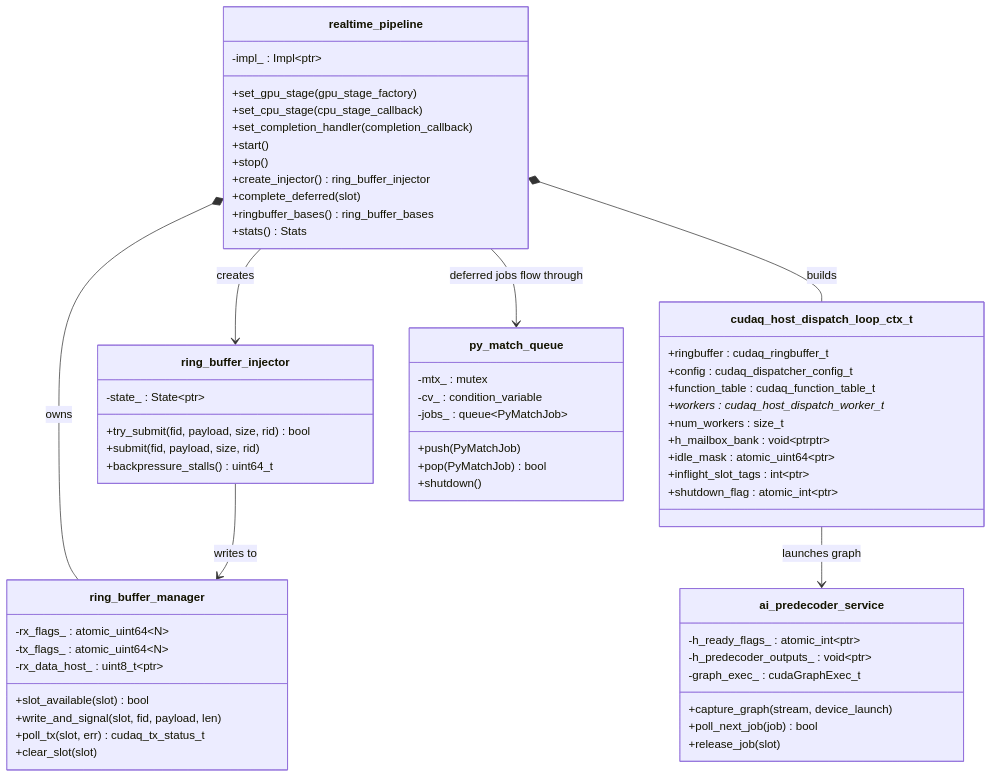
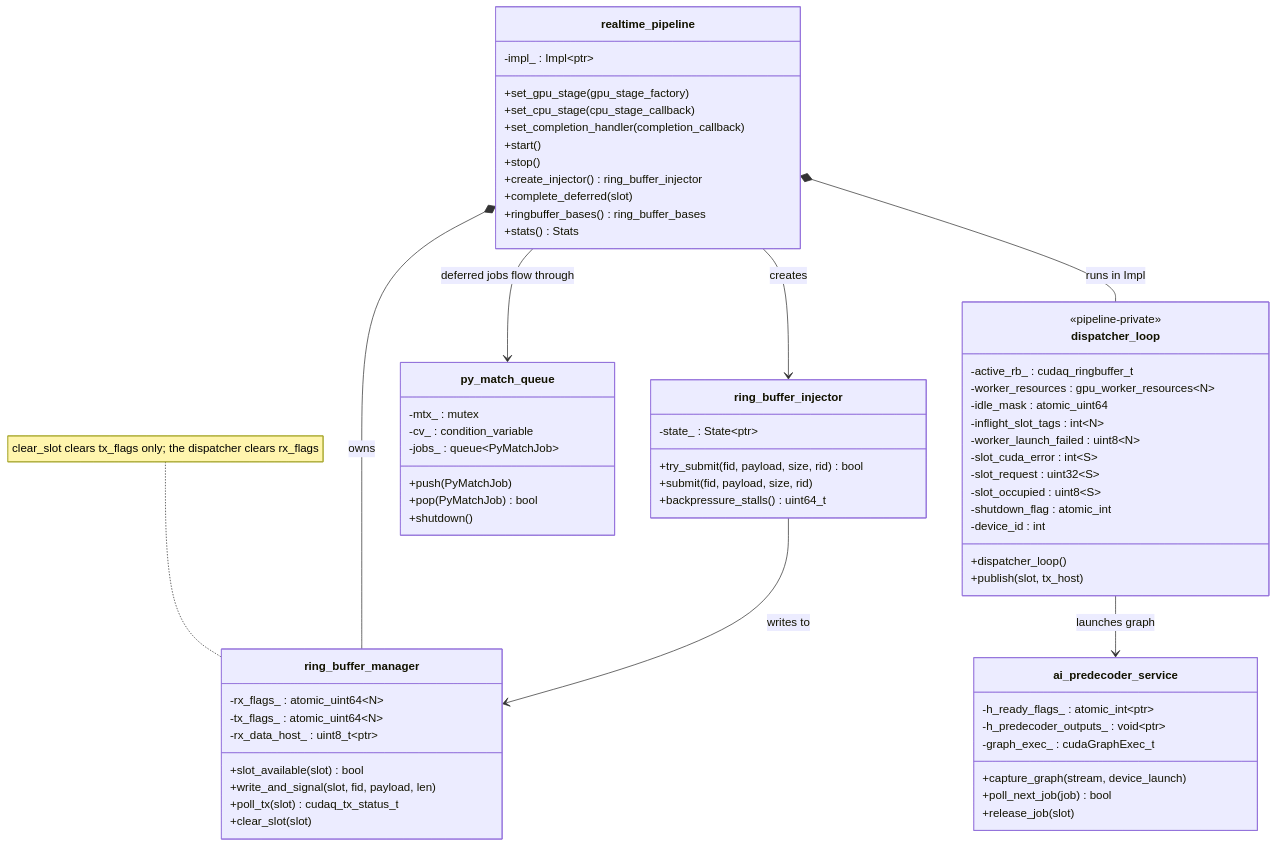
One commit to NVIDIA/cudaq-qec changed the first of 8 diagrams in libs/qec/lib/realtime/realtime_pipeline_architecture.md. Above: the diagram before and after it, drawn with Mermaid. The commit also changed other lines of this file and 16 other files, not shown here.

First line of the commit message:
[QEC] Make realtime_pipeline own its host dispatch loop (#888)

````diff
--- a/libs/qec/lib/realtime/realtime_pipeline_architecture.md
+++ b/libs/qec/lib/realtime/realtime_pipeline_architecture.md
@@ -5,69 +5,74 @@
 ```mermaid
 classDiagram
     class realtime_pipeline {
         -impl_ : Impl~ptr~
         +set_gpu_stage(gpu_stage_factory)
         +set_cpu_stage(cpu_stage_callback)
         +set_completion_handler(completion_callback)
         +start()
         +stop()
         +create_injector() ring_buffer_injector
         +complete_deferred(slot)
         +ringbuffer_bases() ring_buffer_bases
         +stats() Stats
     }
 
     class ring_buffer_injector {
         -state_ : State~ptr~
         +try_submit(fid, payload, size, rid) bool
         +submit(fid, payload, size, rid)
         +backpressure_stalls() uint64_t
     }
 
     class ring_buffer_manager {
         -rx_flags_ : atomic_uint64~N~
         -tx_flags_ : atomic_uint64~N~
         -rx_data_host_ : uint8_t~ptr~
         +slot_available(slot) bool
         +write_and_signal(slot, fid, payload, len)
-        +poll_tx(slot, err) cudaq_tx_status_t
+        +poll_tx(slot) cudaq_tx_status_t
         +clear_slot(slot)
     }
+    note for ring_buffer_manager "clear_slot clears tx_flags only; the dispatcher clears rx_flags"
 
-    class cudaq_host_dispatch_loop_ctx_t {
-        +ringbuffer : cudaq_ringbuffer_t
-        +config : cudaq_dispatcher_config_t
-        +function_table : cudaq_function_table_t
-        +workers : cudaq_host_dispatch_worker_t*
-        +num_workers : size_t
-        +h_mailbox_bank : void~ptrptr~
-        +idle_mask : atomic_uint64~ptr~
-        +inflight_slot_tags : int~ptr~
-        +shutdown_flag : atomic_int~ptr~
+    class dispatcher_loop {
+        <<pipeline-private>>
+        -active_rb_ : cudaq_ringbuffer_t
+        -worker_resources : gpu_worker_resources~N~
+        -idle_mask : atomic_uint64
+        -inflight_slot_tags : int~N~
+        -worker_launch_failed : uint8~N~
+        -slot_cuda_error : int~S~
+        -slot_request : uint32~S~
+        -slot_occupied : uint8~S~
+        -shutdown_flag : atomic_int
+        -device_id : int
+        +dispatcher_loop()
+        +publish(slot, tx_host)
     }
 
     class ai_predecoder_service {
         -h_ready_flags_ : atomic_int~ptr~
         -h_predecoder_outputs_ : void~ptr~
         -graph_exec_ : cudaGraphExec_t
         +capture_graph(stream, device_launch)
         +poll_next_job(job) bool
         +release_job(slot)
     }
 
     class py_match_queue {
         -mtx_ : mutex
         -cv_ : condition_variable
         -jobs_ : queue~PyMatchJob~
         +push(PyMatchJob)
         +pop(PyMatchJob) bool
         +shutdown()
     }
 
     realtime_pipeline *-- ring_buffer_manager : owns
-    realtime_pipeline *-- cudaq_host_dispatch_loop_ctx_t : builds
+    realtime_pipeline *-- dispatcher_loop : runs in Impl
     realtime_pipeline --> ring_buffer_injector : creates
     ring_buffer_injector --> ring_buffer_manager : writes to
-    cudaq_host_dispatch_loop_ctx_t --> ai_predecoder_service : launches graph
+    dispatcher_loop --> ai_predecoder_service : launches graph
     realtime_pipeline --> py_match_queue : deferred jobs flow through
 ```
````
